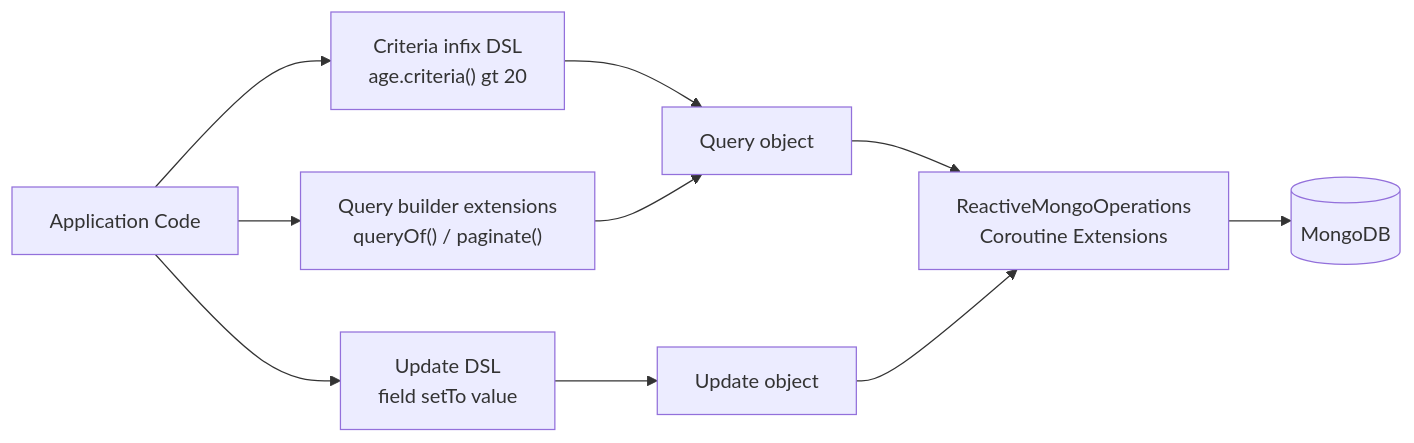
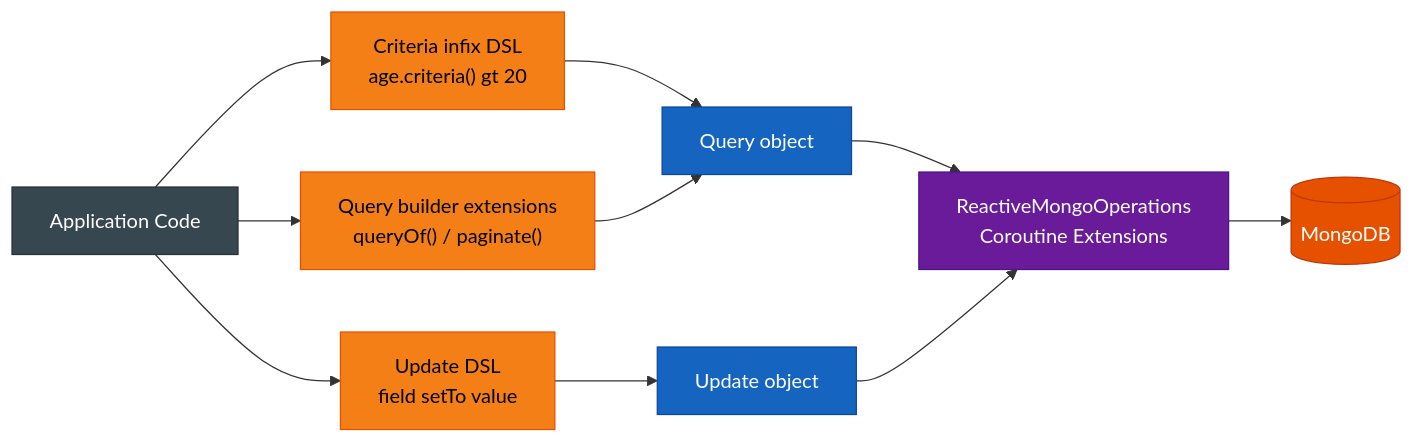
The third of 4 diagrams in spring-boot4/mongodb/README.md (bluetape4k/bluetape4k-projects), drawn with Mermaid before and after one commit. The commit also changed other lines of this file and 221 other files, not shown here.

First line of the commit message:
docs: 전체 모듈 README UML 다이어그램 보강 및 색상 업그레이드

````diff
--- a/spring-boot4/mongodb/README.md
+++ b/spring-boot4/mongodb/README.md
@@ -176,12 +194,24 @@
 ```mermaid
 flowchart LR
     Code["Application Code"] --> CriteriaDSL["Criteria infix DSL<br/>age.criteria() gt 20"]
     Code --> QueryBuilder["Query builder extensions<br/>queryOf() / paginate()"]
     Code --> UpdateDSL["Update DSL<br/>field setTo value"]
     CriteriaDSL --> Query["Query object"]
     QueryBuilder --> Query
     UpdateDSL --> Update["Update object"]
     Query --> ROps["ReactiveMongoOperations<br/>Coroutine Extensions"]
     Update --> ROps
     ROps --> MongoDB[("MongoDB")]
+
+    classDef appStyle fill:#37474F,stroke:#263238,color:#FFFFFF
+    classDef dslStyle fill:#F57F17,stroke:#E65100,color:#000000
+    classDef queryStyle fill:#1565C0,stroke:#0D47A1,color:#FFFFFF
+    classDef opsStyle fill:#6A1B9A,stroke:#4A148C,color:#FFFFFF
+    classDef dbStyle fill:#E65100,stroke:#BF360C,color:#FFFFFF
+
+    class Code appStyle
+    class CriteriaDSL,QueryBuilder,UpdateDSL dslStyle
+    class Query,Update queryStyle
+    class ROps opsStyle
+    class MongoDB dbStyle
 ```
````
